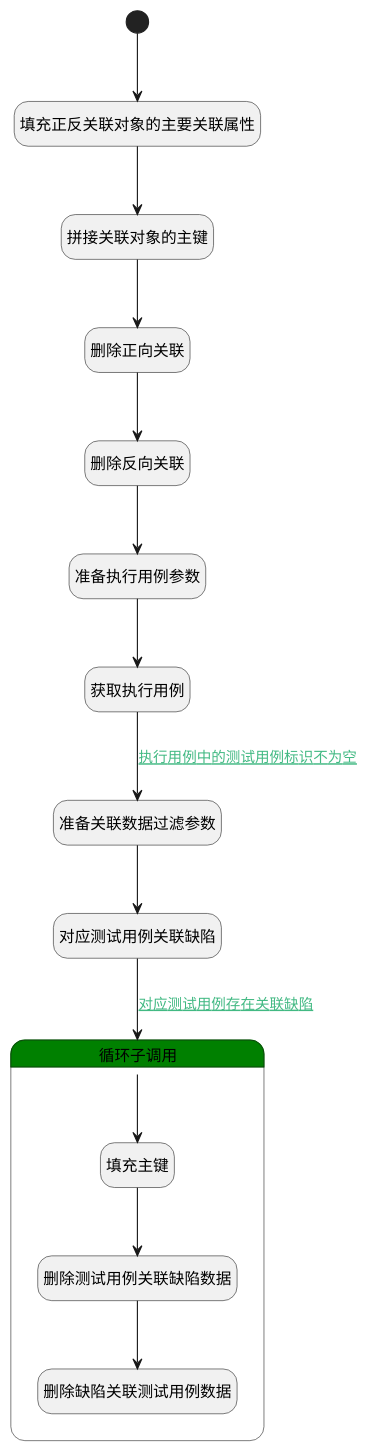
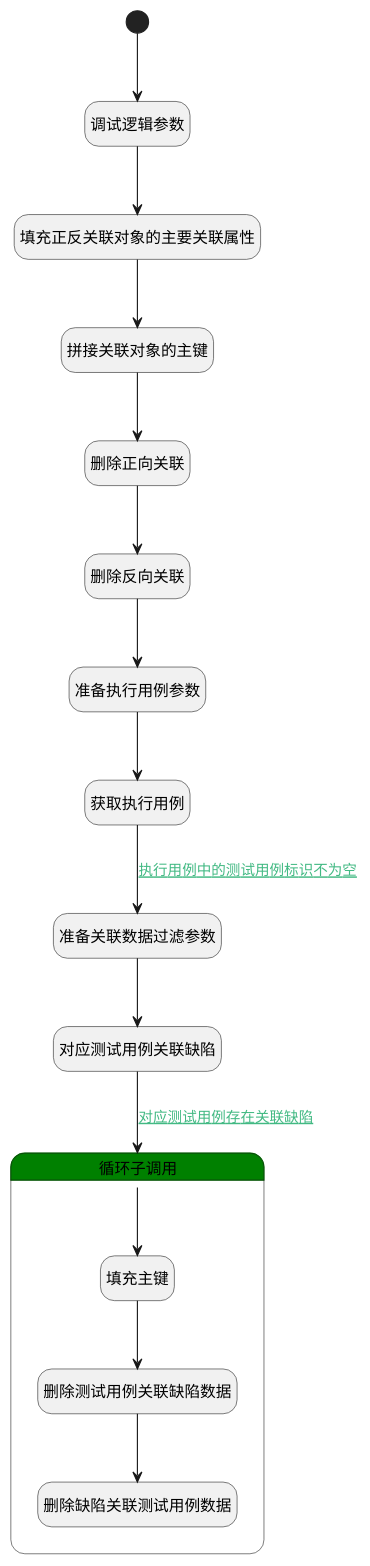
One commit to iBizLab/plm changed the diagram in doc/docsify/module/Base/relation/logic/run_del_relation_bug.md. Above: the diagram before and after it, drawn with PlantUML. The commit also changed other lines of this file and 1276 other files, not shown here.

````diff
--- a/doc/docsify/module/Base/relation/logic/run_del_relation_bug.md
+++ b/doc/docsify/module/Base/relation/logic/run_del_relation_bug.md
@@ -7,42 +7,44 @@
 ```plantuml
 @startuml
 hide empty description
 <style>
 root {
   HyperlinkColor #42b983
 }
 </style>
 
 hide empty description
 state "开始" as Begin <<start>> [[$./run_del_relation_bug#begin {"开始"}]]
 state "拼接关联对象的主键" as RAWSFCODE1  [[$./run_del_relation_bug#rawsfcode1 {"拼接关联对象的主键"}]]
 state "删除正向关联" as DEACTION2  [[$./run_del_relation_bug#deaction2 {"删除正向关联"}]]
 state "删除反向关联" as DEACTION3  [[$./run_del_relation_bug#deaction3 {"删除反向关联"}]]
+state "调试逻辑参数" as DEBUGPARAM1  [[$./run_del_relation_bug#debugparam1 {"调试逻辑参数"}]]
+state "准备执行用例参数" as PREPAREPARAM3  [[$./run_del_relation_bug#prepareparam3 {"准备执行用例参数"}]]
 state "获取执行用例" as DEACTION6  [[$./run_del_relation_bug#deaction6 {"获取执行用例"}]]
+state "填充正反关联对象的主要关联属性" as PREPAREPARAM1  [[$./run_del_relation_bug#prepareparam1 {"填充正反关联对象的主要关联属性"}]]
+state "准备关联数据过滤参数" as PREPAREPARAM2  [[$./run_del_relation_bug#prepareparam2 {"准备关联数据过滤参数"}]]
 state "对应测试用例关联缺陷" as DEDATASET1  [[$./run_del_relation_bug#dedataset1 {"对应测试用例关联缺陷"}]]
-state "填充正反关联对象的主要关联属性" as PREPAREPARAM1  [[$./run_del_relation_bug#prepareparam1 {"填充正反关联对象的主要关联属性"}]]
-state "准备执行用例参数" as PREPAREPARAM3  [[$./run_del_relation_bug#prepareparam3 {"准备执行用例参数"}]]
-state "准备关联数据过滤参数" as PREPAREPARAM2  [[$./run_del_relation_bug#prepareparam2 {"准备关联数据过滤参数"}]]
 state "循环子调用" as LOOPSUBCALL1  [[$./run_del_relation_bug#loopsubcall1 {"循环子调用"}]] #green {
 state "填充主键" as RAWSFCODE2  [[$./run_del_relation_bug#rawsfcode2 {"填充主键"}]]
 state "删除测试用例关联缺陷数据" as DEACTION4  [[$./run_del_relation_bug#deaction4 {"删除测试用例关联缺陷数据"}]]
 state "删除缺陷关联测试用例数据" as DEACTION5  [[$./run_del_relation_bug#deaction5 {"删除缺陷关联测试用例数据"}]]
 }
 
 
-Begin --> PREPAREPARAM1
+Begin --> DEBUGPARAM1
+DEBUGPARAM1 --> PREPAREPARAM1
 PREPAREPARAM1 --> RAWSFCODE1
 RAWSFCODE1 --> DEACTION2
 DEACTION2 --> DEACTION3
 DEACTION3 --> PREPAREPARAM3
 PREPAREPARAM3 --> DEACTION6
 DEACTION6 --> PREPAREPARAM2 : [[$./run_del_relation_bug#deaction6-prepareparam2{执行用例中的测试用例标识不为空} 执行用例中的测试用例标识不为空]]
 PREPAREPARAM2 --> DEDATASET1
 DEDATASET1 --> LOOPSUBCALL1 : [[$./run_del_relation_bug#dedataset1-loopsubcall1{对应测试用例存在关联缺陷} 对应测试用例存在关联缺陷]]
 LOOPSUBCALL1 --> RAWSFCODE2
 RAWSFCODE2 --> DEACTION4
 DEACTION4 --> DEACTION5
 
 
 @enduml
 ```
````
